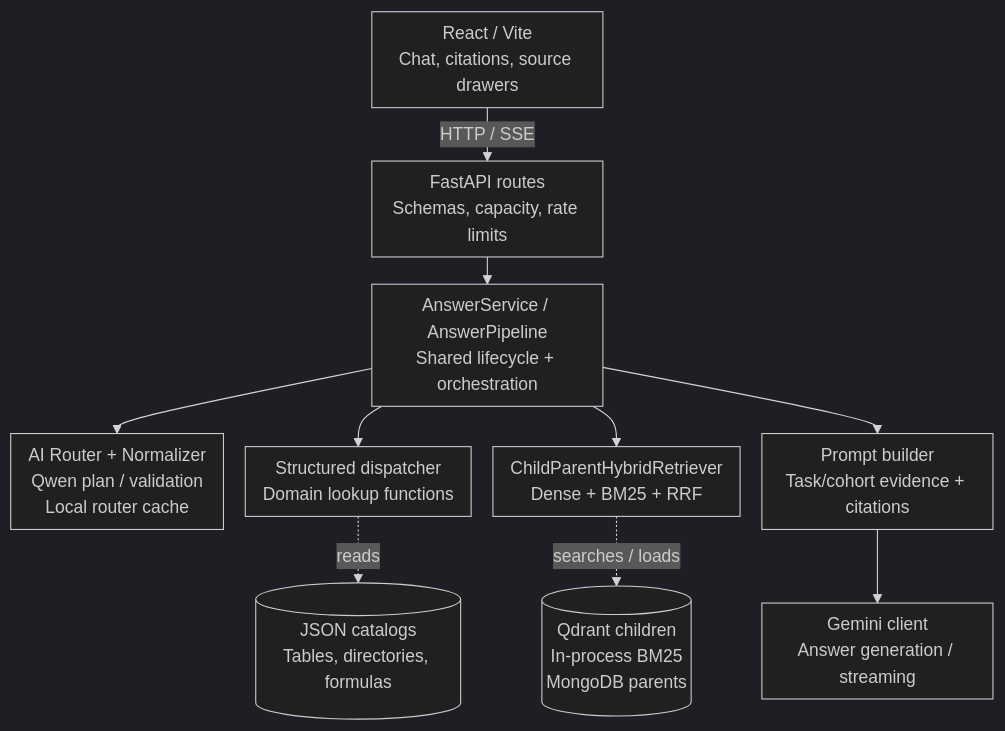
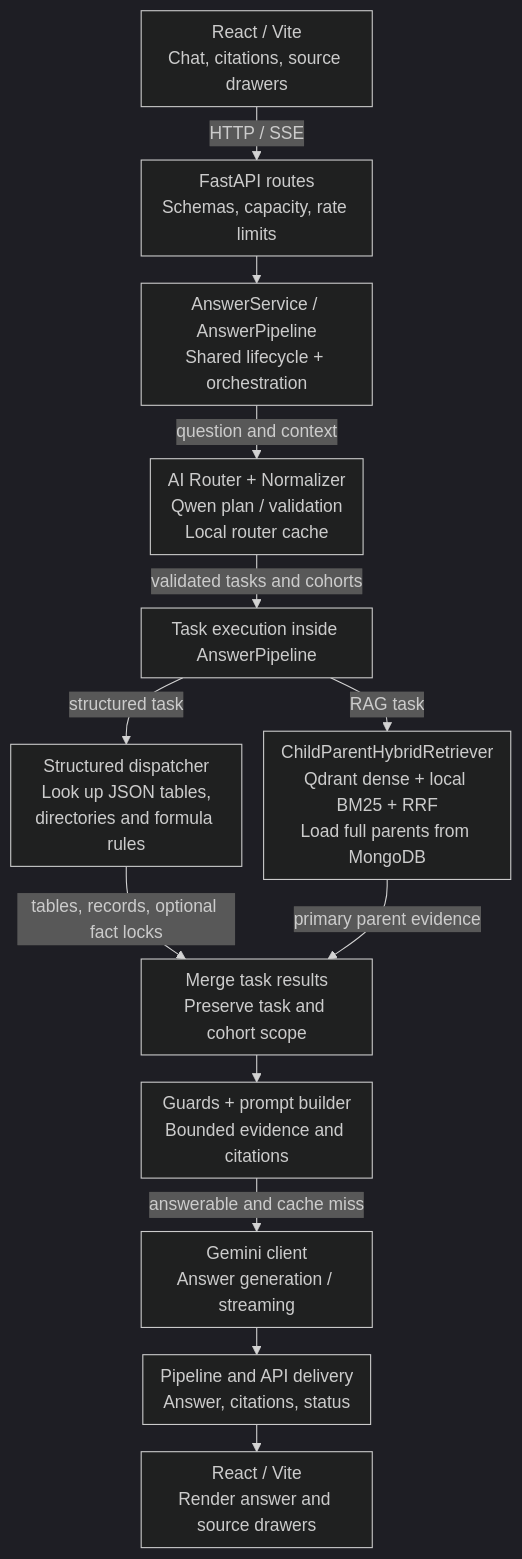
The first of 5 diagrams in README.md (AnhPhiNe/student-handbook-rag-chatbot), drawn with Mermaid (dark theme) before and after one commit. The commit also changed other lines of this file, not shown here.

Commit message:
docs: clarify pipeline diagrams and evidence flow

```diff
--- a/README.md
+++ b/README.md
@@ -164,13 +164,16 @@
 ~~~mermaid
 %%{init: {"flowchart": {"wrappingWidth": 180, "nodeSpacing": 20, "rankSpacing": 25, "padding": 8}}}%%
 flowchart TD
     UI["React / Vite<br/>Chat, citations, source drawers"] -->|HTTP / SSE| API["FastAPI routes<br/>Schemas, capacity, rate limits"]
     API --> Pipeline["AnswerService / AnswerPipeline<br/>Shared lifecycle + orchestration"]
-    Pipeline --> Planner["AI Router + Normalizer<br/>Qwen plan / validation<br/>Local router cache"]
-    Pipeline --> Structured["Structured dispatcher<br/>Domain lookup functions"]
-    Pipeline --> Retriever["ChildParentHybridRetriever<br/>Dense + BM25 + RRF"]
-    Structured -. reads .-> Catalogs[("JSON catalogs<br/>Tables, directories, formulas")]
-    Retriever -. searches / loads .-> RetrievalStores[("Qdrant children<br/>In-process BM25<br/>MongoDB parents")]
-    Pipeline --> Packet["Prompt builder<br/>Task/cohort evidence + citations"]
-    Packet --> Composer["Gemini client<br/>Answer generation / streaming"]
+    Pipeline -->|question and context| Planner["AI Router + Normalizer<br/>Qwen plan / validation<br/>Local router cache"]
+    Planner -->|validated tasks and cohorts| Execute["Task execution inside AnswerPipeline"]
+    Execute -->|structured task| Structured["Structured dispatcher<br/>Look up JSON tables,<br/>directories and formula rules"]
+    Execute -->|RAG task| Retriever["ChildParentHybridRetriever<br/>Qdrant dense + local BM25 + RRF<br/>Load full parents from MongoDB"]
+    Structured -->|tables, records, optional fact locks| Merge["Merge task results<br/>Preserve task and cohort scope"]
+    Retriever -->|primary parent evidence| Merge
+    Merge --> Packet["Guards + prompt builder<br/>Bounded evidence and citations"]
+    Packet -->|answerable and cache miss| Composer["Gemini client<br/>Answer generation / streaming"]
+    Composer --> Delivery["Pipeline and API delivery<br/>Answer, citations, status"]
+    Delivery --> Display["React / Vite<br/>Render answer and source drawers"]
 ~~~
```
